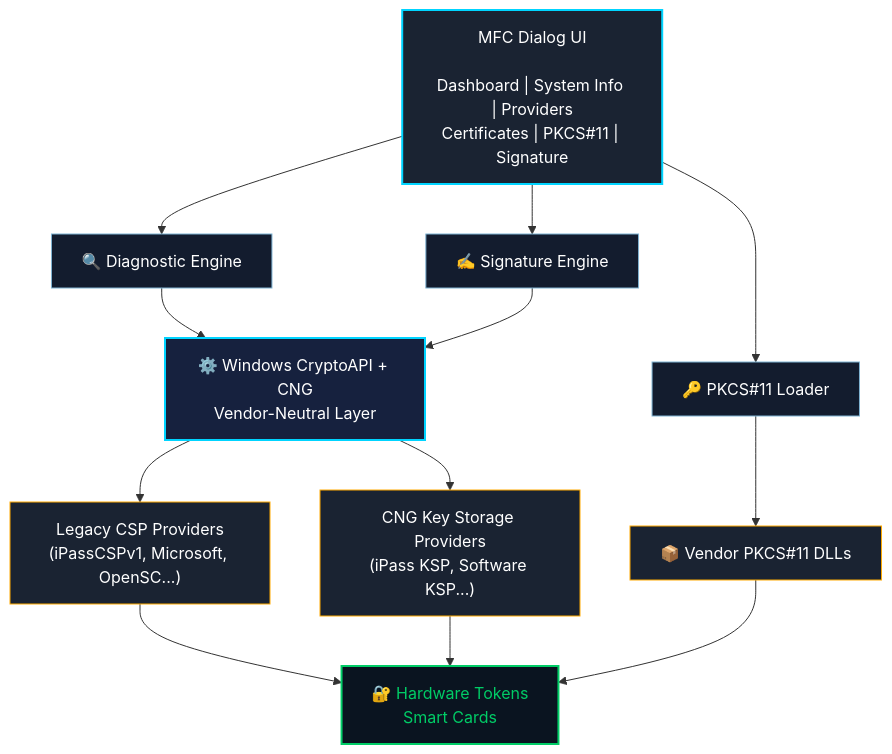
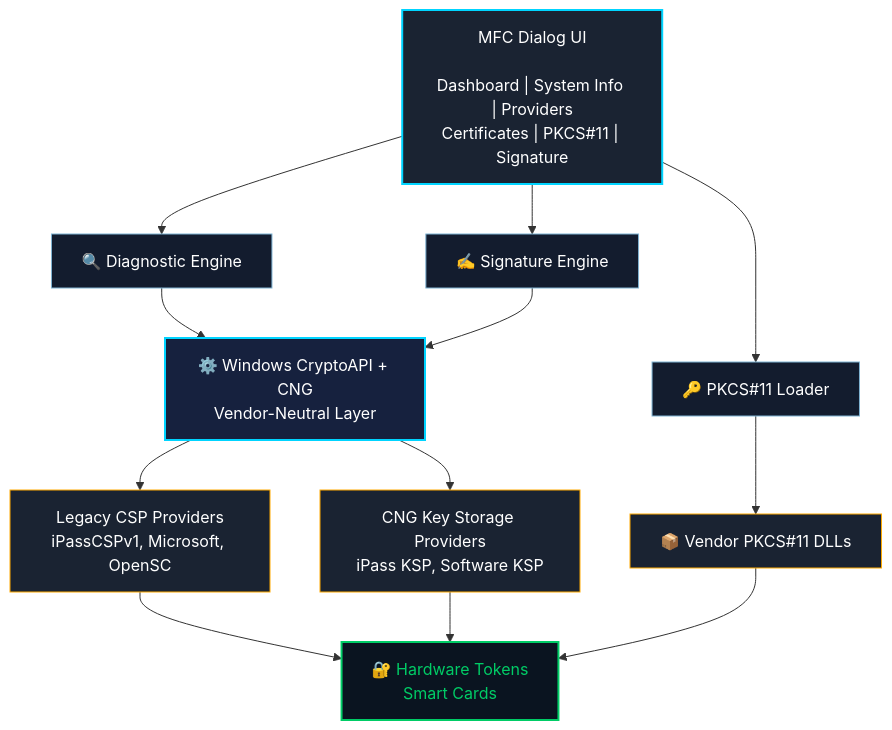
The first of 2 diagrams in README.md (samirasameforoughi/DigitalTrustInteroperabilityLab), drawn with Mermaid before and after one commit. The commit also changed other lines of this file, not shown here.

````diff
--- a/README.md
+++ b/README.md
@@ -133,29 +131,29 @@
 ```mermaid
 graph TB
     UI["MFC Dialog UI<br/><br/>Dashboard | System Info | Providers<br/>Certificates | PKCS#11 | Signature"]
     
     UI --> DE["🔍 Diagnostic Engine"]
     UI --> SE["✍️ Signature Engine"]
     UI --> PL["🔑 PKCS#11 Loader"]
     
     DE --> WIN["⚙️ Windows CryptoAPI + CNG<br/>Vendor-Neutral Layer"]
     SE --> WIN
     PL --> VDLL["📦 Vendor PKCS#11 DLLs"]
     
-    WIN --> CSP["Legacy CSP Providers<br/>(iPassCSPv1, Microsoft, OpenSC...)"]
-    WIN --> KSP["CNG Key Storage Providers<br/>(iPass KSP, Software KSP...)"]
+    WIN --> CSP["Legacy CSP Providers<br/>iPassCSPv1, Microsoft, OpenSC"]
+    WIN --> KSP["CNG Key Storage Providers<br/>iPass KSP, Software KSP"]
     
     CSP --> HW["🔐 Hardware Tokens<br/>Smart Cards"]
     KSP --> HW
     VDLL --> HW
     
     style UI fill:#1a2332,stroke:#00d4ff,color:#fff,stroke-width:2px
     style WIN fill:#16213e,stroke:#00d4ff,color:#fff,stroke-width:2px
     style HW fill:#0a1420,stroke:#00cc66,color:#00cc66,stroke-width:2px
     style DE fill:#131c2e,stroke:#7fb3d3,color:#fff
     style SE fill:#131c2e,stroke:#7fb3d3,color:#fff
     style PL fill:#131c2e,stroke:#7fb3d3,color:#fff
     style CSP fill:#1a2332,stroke:#ffaa00,color:#fff
     style KSP fill:#1a2332,stroke:#ffaa00,color:#fff
     style VDLL fill:#1a2332,stroke:#ffaa00,color:#fff
 ```
````
